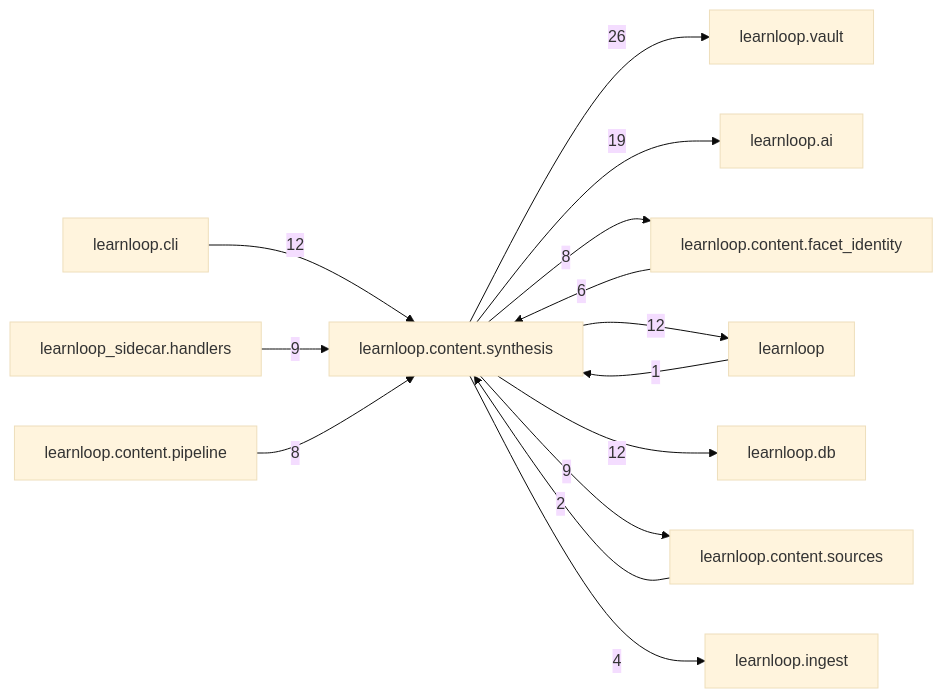
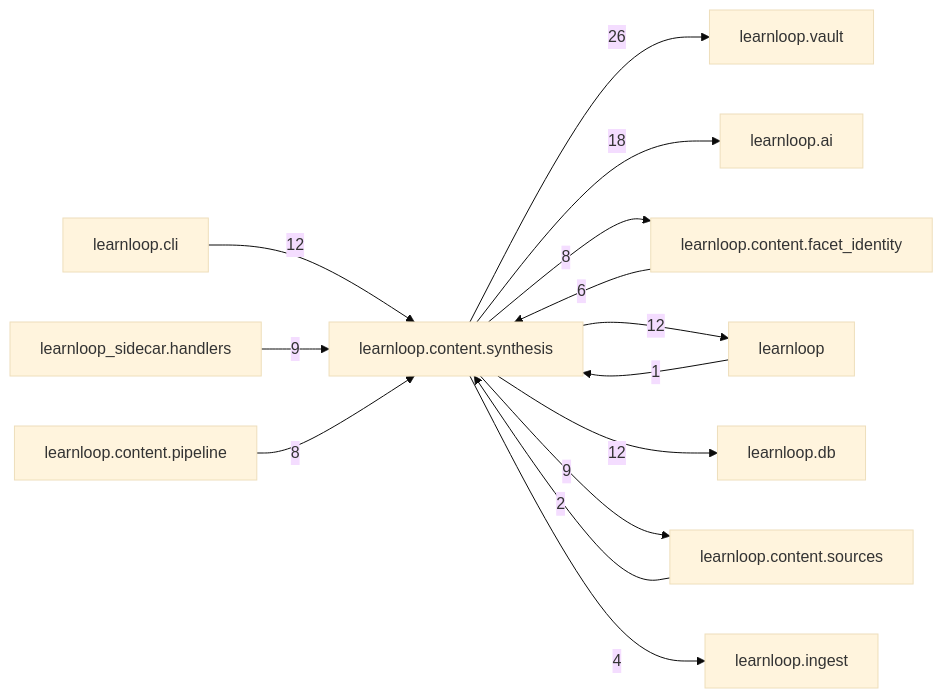
The diagram in docs/learnloop-architecture-vault/Reference/Modules/learnloop/content/synthesis/_package.md (6up-b/learnanything), drawn with Mermaid (base theme) before and after one commit. The commit also changed other lines of this file and 11 other files, not shown here.

````diff
--- a/docs/learnloop-architecture-vault/Reference/Modules/learnloop/content/synthesis/_package.md
+++ b/docs/learnloop-architecture-vault/Reference/Modules/learnloop/content/synthesis/_package.md
@@ -124,27 +124,27 @@
 ```mermaid
 flowchart LR
     center["learnloop.content.synthesis"]
     n_learnloop_vault["learnloop.vault"]
     n_learnloop_ai["learnloop.ai"]
     n_learnloop_content_facet_identity["learnloop.content.facet_identity"]
     n_learnloop["learnloop"]
     n_learnloop_cli["learnloop.cli"]
     n_learnloop_db["learnloop.db"]
     n_learnloop_content_sources["learnloop.content.sources"]
     n_learnloop_sidecar_handlers["learnloop_sidecar.handlers"]
     n_learnloop_content_pipeline["learnloop.content.pipeline"]
     n_learnloop_ingest["learnloop.ingest"]
     center -->|26| n_learnloop_vault
-    center -->|19| n_learnloop_ai
+    center -->|18| n_learnloop_ai
     n_learnloop_content_facet_identity -->|6| center
     center -->|8| n_learnloop_content_facet_identity
     n_learnloop -->|1| center
     center -->|12| n_learnloop
     n_learnloop_cli -->|12| center
     center -->|12| n_learnloop_db
     n_learnloop_content_sources -->|2| center
     center -->|9| n_learnloop_content_sources
     n_learnloop_sidecar_handlers -->|9| center
     n_learnloop_content_pipeline -->|8| center
     center -->|4| n_learnloop_ingest
 ```
````
